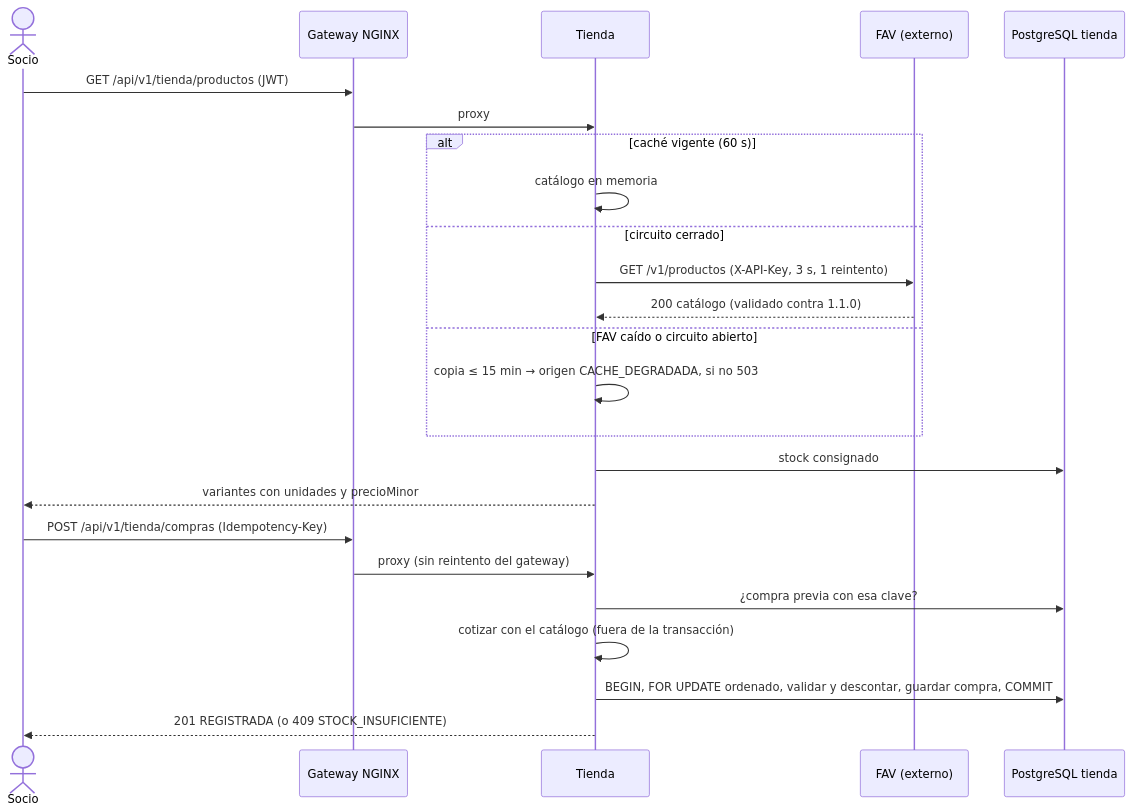
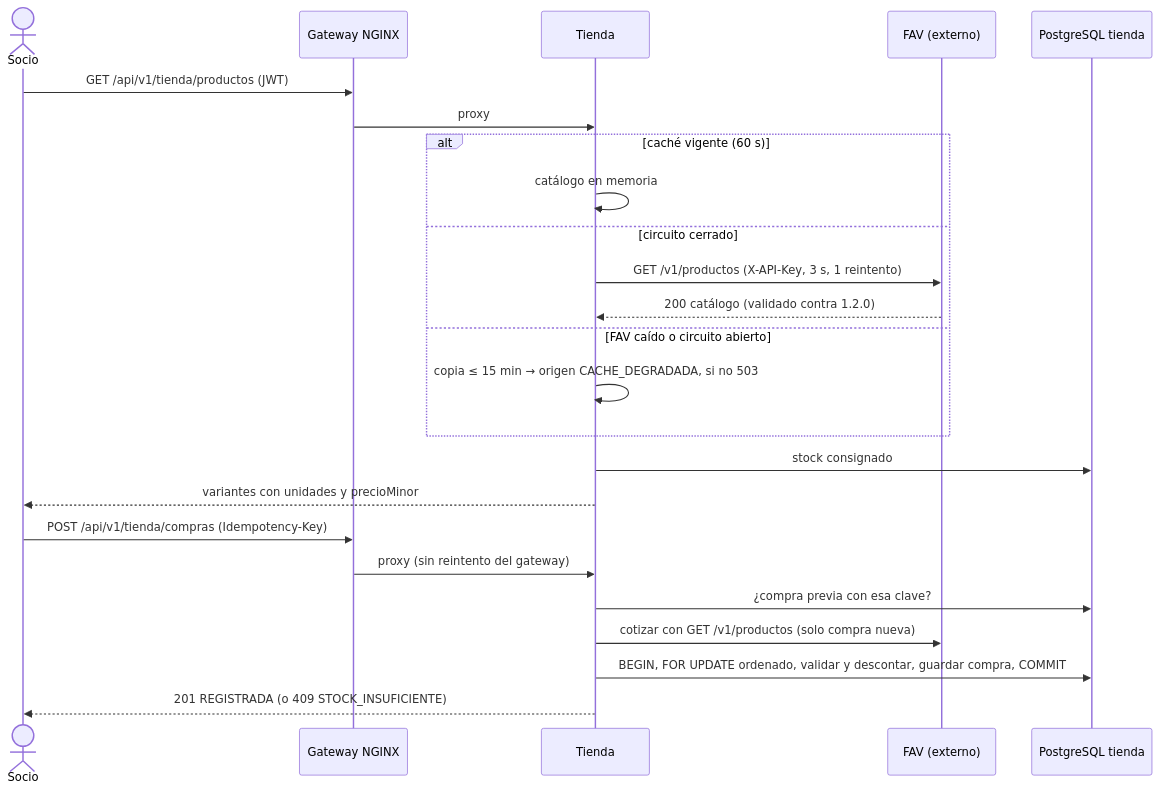
Before and after one commit to PabloMarquezCapilla/Gestion-gimnasio-arquitectura-software: the first of 4 diagrams in docs/ARCHITECTURE.md, drawn with Mermaid. The commit also changed other lines of this file and 15 other files, not shown here.

Commit message:
feat(tienda): integrar catálogo FAV Azure con OpenAPI 1.2.0

````diff
--- a/docs/ARCHITECTURE.md
+++ b/docs/ARCHITECTURE.md
@@ -88,26 +88,26 @@
 ```mermaid
 sequenceDiagram
     actor Socio
     participant GW as Gateway NGINX
     participant T as Tienda
     participant FAV as FAV (externo)
     participant DB as PostgreSQL tienda
     Socio->>GW: GET /api/v1/tienda/productos (JWT)
     GW->>T: proxy
     alt caché vigente (60 s)
         T->>T: catálogo en memoria
     else circuito cerrado
         T->>FAV: GET /v1/productos (X-API-Key, 3 s, 1 reintento)
-        FAV-->>T: 200 catálogo (validado contra 1.1.0)
+        FAV-->>T: 200 catálogo (validado contra 1.2.0)
     else FAV caído o circuito abierto
         T->>T: copia ≤ 15 min → origen CACHE_DEGRADADA, si no 503
     end
     T->>DB: stock consignado
     T-->>Socio: variantes con unidades y precioMinor
     Socio->>GW: POST /api/v1/tienda/compras (Idempotency-Key)
     GW->>T: proxy (sin reintento del gateway)
     T->>DB: ¿compra previa con esa clave?
-    T->>T: cotizar con el catálogo (fuera de la transacción)
+    T->>FAV: cotizar con GET /v1/productos (solo compra nueva)
     T->>DB: BEGIN, FOR UPDATE ordenado, validar y descontar, guardar compra, COMMIT
     T-->>Socio: 201 REGISTRADA (o 409 STOCK_INSUFICIENTE)
 ```
````
